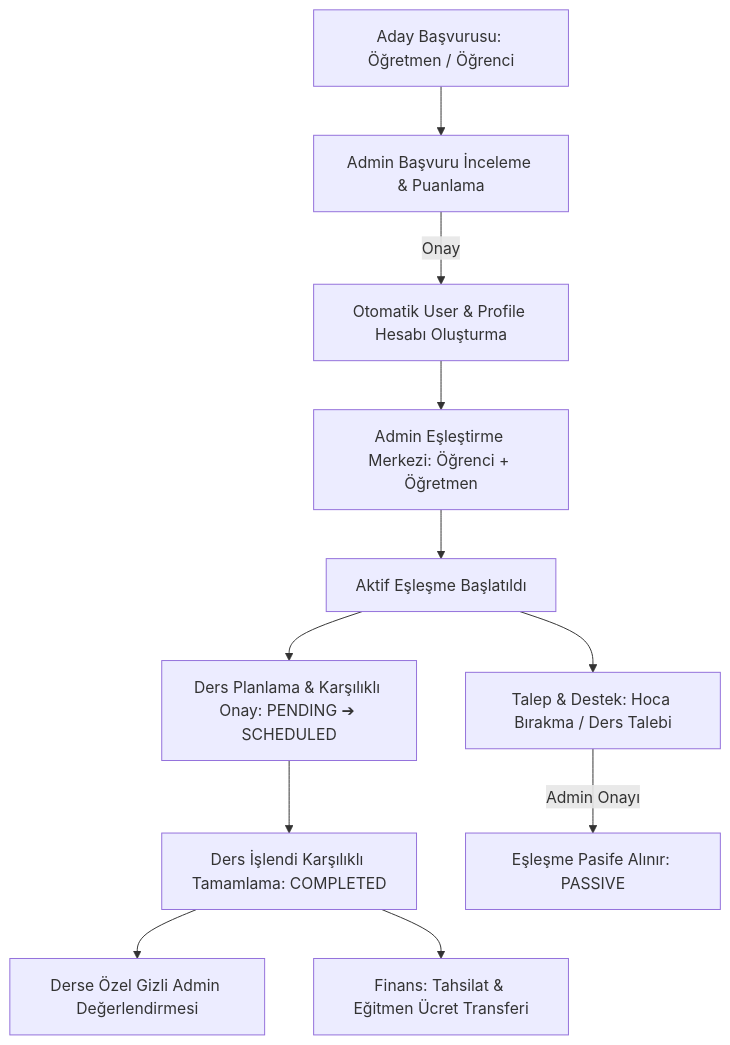
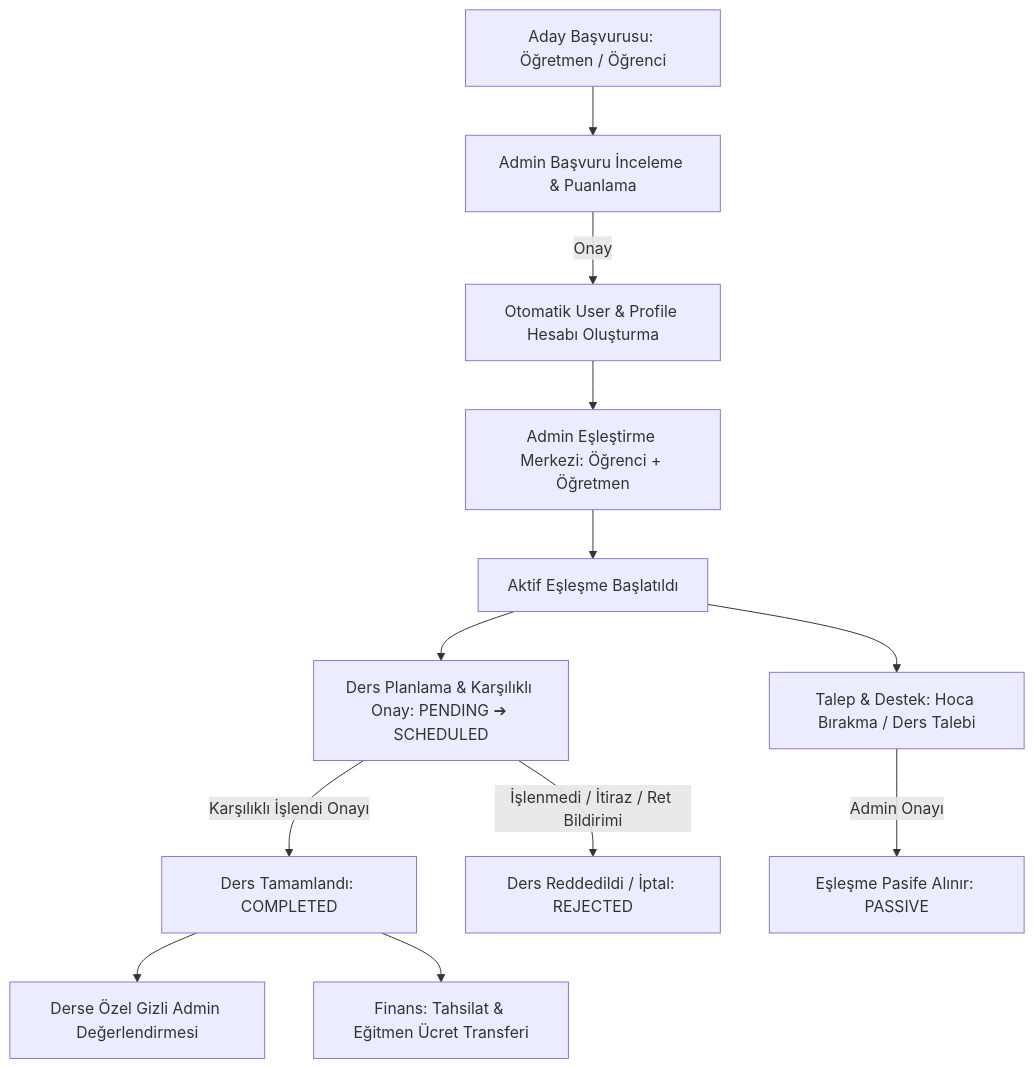
Before and after one commit to sametkzdl/pontacademia: the diagram in SYSTEM_FLOWS_AND_ARCHITECTURE.md, drawn with Mermaid. The commit also changed other lines of this file and 5 other files, not shown here.

Commit message:
feat(lessons): enable mutual completion dispute (Ders İşlenmedi / Reddet) and update docs

````diff
--- a/SYSTEM_FLOWS_AND_ARCHITECTURE.md
+++ b/SYSTEM_FLOWS_AND_ARCHITECTURE.md
@@ -22,13 +22,14 @@
 ```mermaid
 graph TD
     A[Aday Başvurusu: Öğretmen / Öğrenci] --> B[Admin Başvuru İnceleme & Puanlama]
     B -->|Onay| C[Otomatik User & Profile Hesabı Oluşturma]
     C --> D[Admin Eşleştirme Merkezi: Öğrenci + Öğretmen]
     D --> E[Aktif Eşleşme Başlatıldı]
     E --> F[Ders Planlama & Karşılıklı Onay: PENDING ➔ SCHEDULED]
-    F --> G[Ders İşlendi Karşılıklı Tamamlama: COMPLETED]
+    F -->|Karşılıklı İşlendi Onayı| G[Ders Tamamlandı: COMPLETED]
+    F -->|İşlenmedi / İtiraz / Ret Bildirimi| R[Ders Reddedildi / İptal: REJECTED]
     G --> H[Derse Özel Gizli Admin Değerlendirmesi]
     G --> I[Finans: Tahsilat & Eğitmen Ücret Transferi]
     E --> J[Talep & Destek: Hoca Bırakma / Ders Talebi]
     J -->|Admin Onayı| K[Eşleşme Pasife Alınır: PASSIVE]
 ```
````
